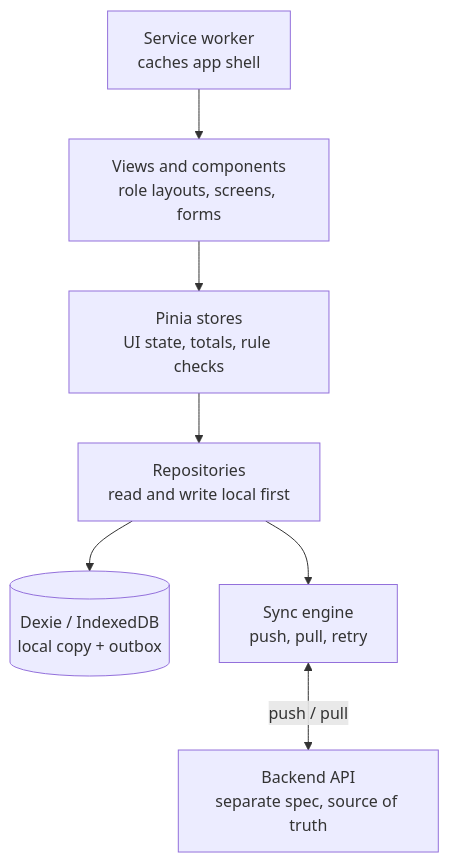
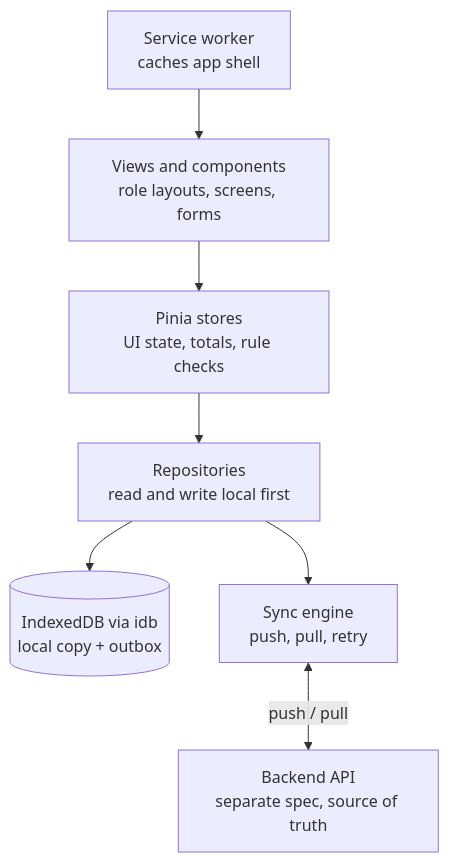
One commit to KarmaBlackshaw/wrs-ui changed the diagram in wrs-app-spec.md. Above: the diagram before and after it, drawn with Mermaid. The commit also changed other lines of this file and 52 other files, not shown here.

````diff
--- a/wrs-app-spec.md
+++ b/wrs-app-spec.md
@@ -218,9 +218,9 @@
 ```mermaid
 flowchart TD
   SW[Service worker<br/>caches app shell] --> V
   V[Views and components<br/>role layouts, screens, forms] --> S[Pinia stores<br/>UI state, totals, rule checks]
   S --> R[Repositories<br/>read and write local first]
-  R --> D[(Dexie / IndexedDB<br/>local copy + outbox)]
+  R --> D[(IndexedDB via idb<br/>local copy + outbox)]
   R --> Y[Sync engine<br/>push, pull, retry]
   Y <-->|push / pull| B[Backend API<br/>separate spec, source of truth]
 ```
````
